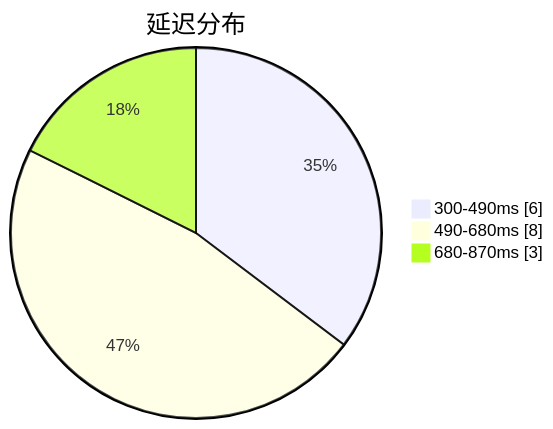
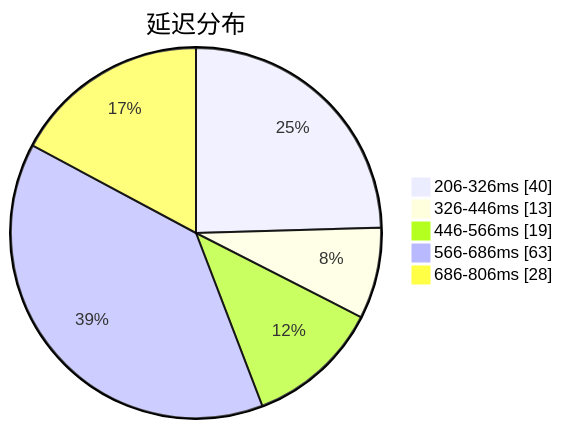
Before and after one commit to sinspired/airport: the first of 3 diagrams in subs/statistics/tested_within.md, drawn with Mermaid. The commit also changed other lines of this file and 2 other files, not shown here.

````diff
--- a/subs/statistics/tested_within.md
+++ b/subs/statistics/tested_within.md
@@ -2,7 +2,9 @@
 ```mermaid
 pie showData
 title 延迟分布
-"300-490ms" : 6
-"490-680ms" : 8
-"680-870ms" : 3
+"206-326ms" : 40
+"326-446ms" : 13
+"446-566ms" : 19
+"566-686ms" : 63
+"686-806ms" : 28
 ```
````
